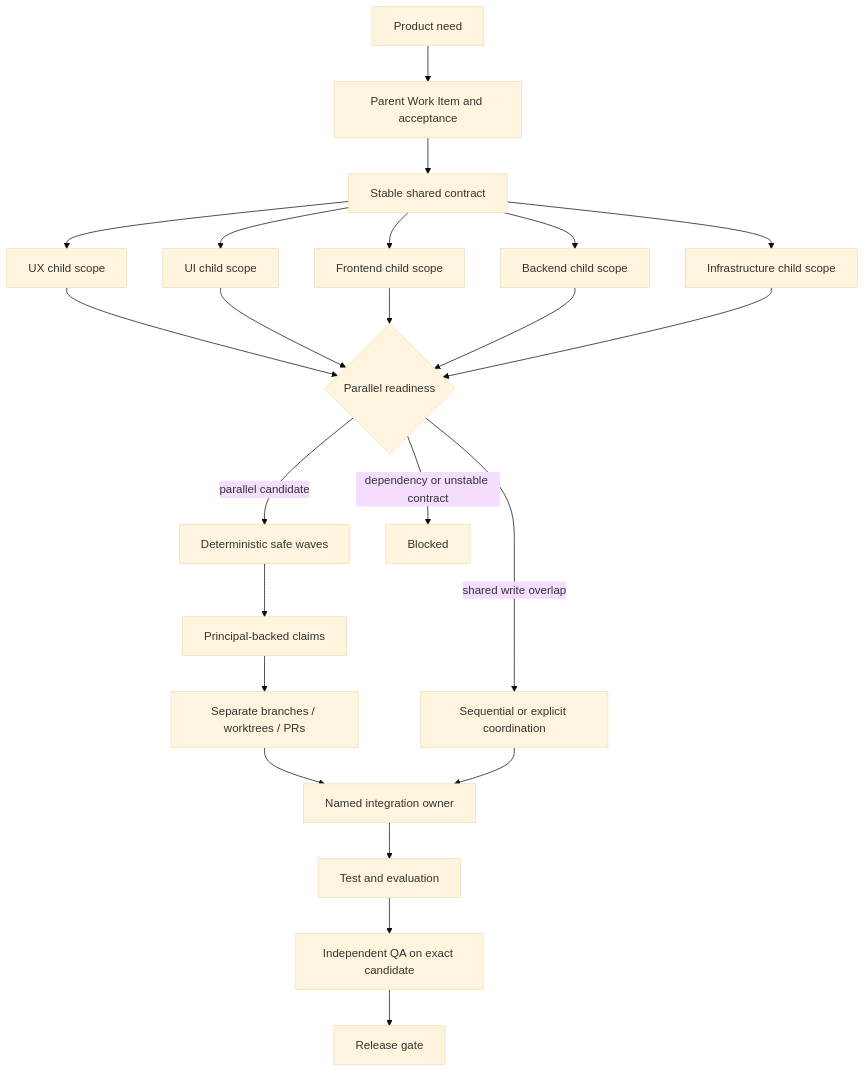
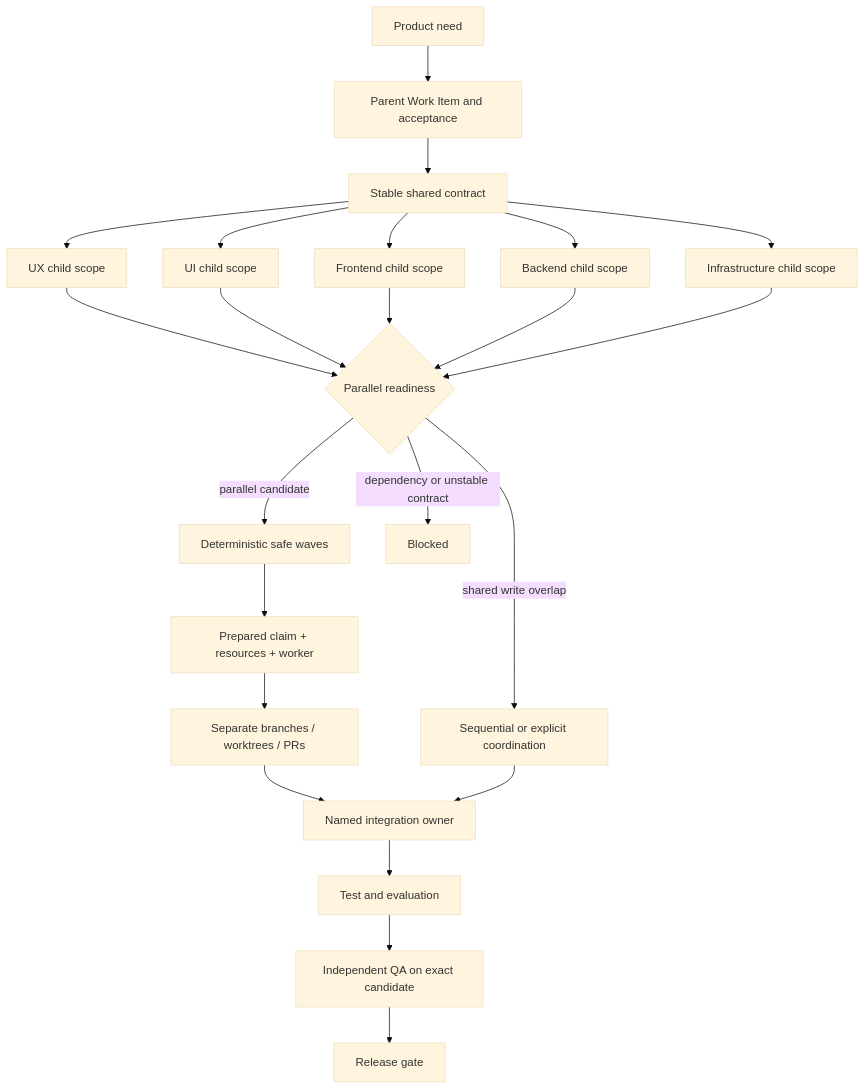
Before and after one commit to zsz1210/temple-ai-dev-org: the second of 2 diagrams in docs/collaboration.md, drawn with Mermaid (base theme). The commit also changed other lines of this file and 50 other files, not shown here.

````diff
--- a/docs/collaboration.md
+++ b/docs/collaboration.md
@@ -51,28 +52,28 @@
 ```mermaid
 flowchart TD
     NEED[Product need] --> PARENT[Parent Work Item and acceptance]
     PARENT --> CONTRACT[Stable shared contract]
     CONTRACT --> UX[UX child scope]
     CONTRACT --> UI[UI child scope]
     CONTRACT --> FE[Frontend child scope]
     CONTRACT --> BE[Backend child scope]
     CONTRACT --> INFRA[Infrastructure child scope]
 
     UX --> READY{Parallel readiness}
     UI --> READY
     FE --> READY
     BE --> READY
     INFRA --> READY
 
     READY -->|parallel candidate| PLAN[Deterministic safe waves]
-    PLAN --> CLAIMS[Principal-backed claims]
+    PLAN --> CLAIMS[Prepared claim + resources + worker]
     READY -->|shared write overlap| SEQ[Sequential or explicit coordination]
     READY -->|dependency or unstable contract| BLOCK[Blocked]
 
     CLAIMS --> BRANCHES[Separate branches / worktrees / PRs]
     BRANCHES --> INTEGRATE[Named integration owner]
     SEQ --> INTEGRATE
     INTEGRATE --> TEST[Test and evaluation]
     TEST --> QA[Independent QA on exact candidate]
     QA --> RELEASE[Release gate]
 ```
````
